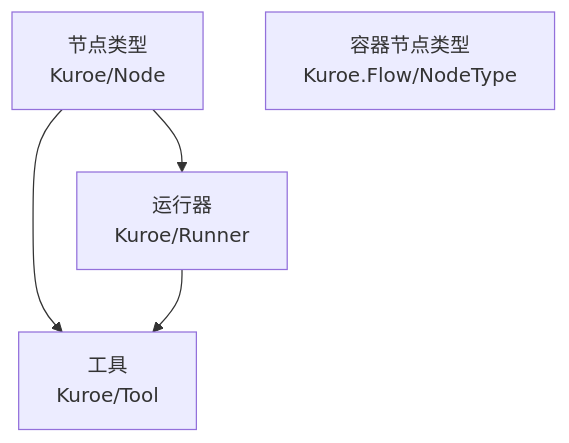
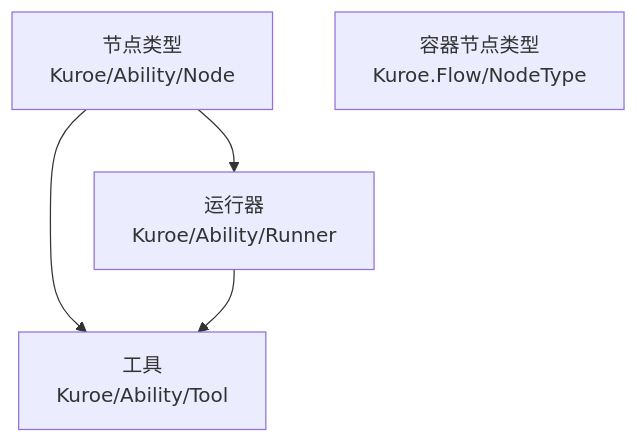
Before and after one commit to DrMelt/Kuroe: the diagram in docs/dev/architecture/functional-boundary/ability/index.md, drawn with Mermaid. The commit also changed other lines of this file and 835 other files, not shown here.

Commit message:
节点、运行器与工具统一 Ability 前缀并归入 Kuroe/Ability，测试项目随源项目改名，架构测试按能力域定位并删除 Runner 共享层命名空间特例，文档同步

````diff
--- a/docs/dev/architecture/functional-boundary/ability/index.md
+++ b/docs/dev/architecture/functional-boundary/ability/index.md
@@ -5,10 +5,10 @@
 ```mermaid
 flowchart TD
-    NodeTypes["节点类型<br>Kuroe/Node"]
-    Runners["运行器<br>Kuroe/Runner"]
-    ToolDomain["工具<br>Kuroe/Tool"]
+    NodeTypes["节点类型<br>Kuroe/Ability/Node"]
+    Runners["运行器<br>Kuroe/Ability/Runner"]
+    ToolDomain["工具<br>Kuroe/Ability/Tool"]
     Container["容器节点类型<br>Kuroe.Flow/NodeType"]
     NodeTypes --> Runners
     NodeTypes --> ToolDomain
     Runners --> ToolDomain
 ```
````
